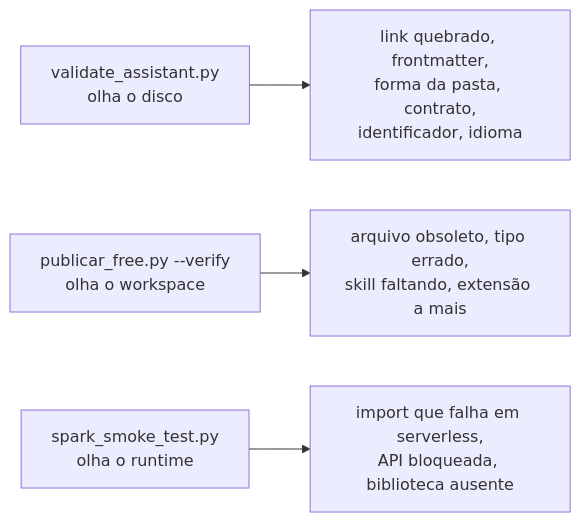
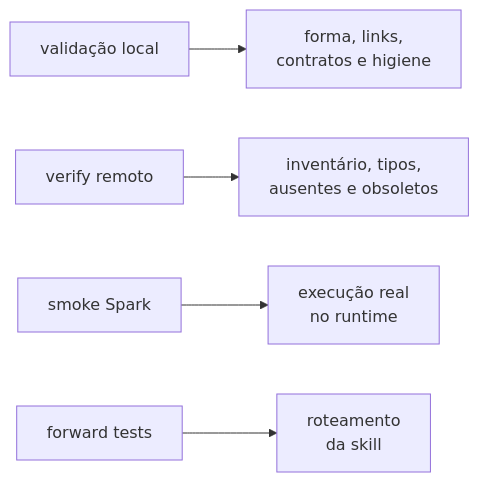
One commit to Guimarais-R-Rodrigo/Ambiente_Databricks changed the diagram in tools/README.md. Above: the diagram before and after it, drawn with Mermaid. The commit also changed other lines of this file and 32 other files, not shown here.

````diff
--- a/tools/README.md
+++ b/tools/README.md
@@ -84,6 +53,7 @@
 ```mermaid
 flowchart LR
-  V["validate_assistant.py<br/>olha o disco"] --> D["link quebrado, frontmatter,<br/>forma da pasta, contrato,<br/>identificador, idioma"]
-  P["publicar_free.py --verify<br/>olha o workspace"] --> W["arquivo obsoleto, tipo errado,<br/>skill faltando, extensão a mais"]
-  S["spark_smoke_test.py<br/>olha o runtime"] --> R["import que falha em serverless,<br/>API bloqueada, biblioteca ausente"]
+  V["validação local"] --> VP["forma, links,<br/>contratos e higiene"]
+  R["verify remoto"] --> RP["inventário, tipos,<br/>ausentes e obsoletos"]
+  S["smoke Spark"] --> SP["execução real<br/>no runtime"]
+  F["forward tests"] --> FP["roteamento<br/>da skill"]
 ```
````
